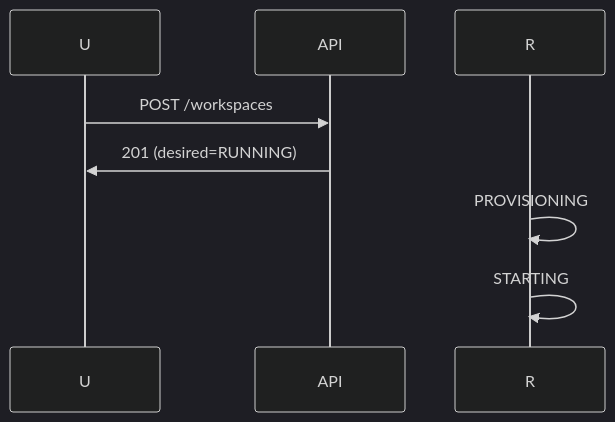
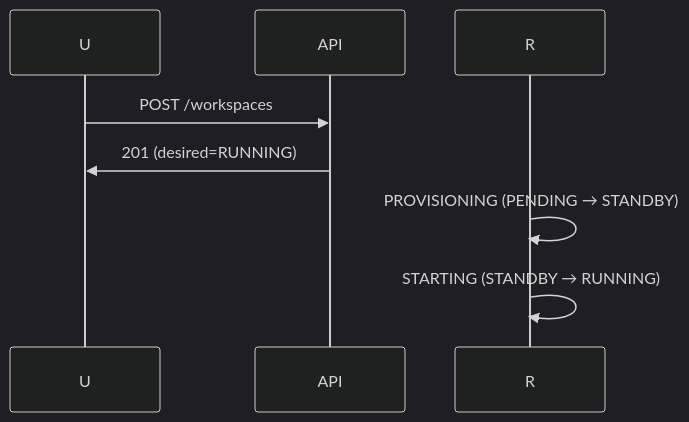
One commit to cagojeiger/code-hub changed the fourth of 7 diagrams in docs/spec_v2/02-states.md. Above: the diagram before and after it, drawn with Mermaid (dark theme). The commit also changed other lines of this file and 2 other files, not shown here.

````diff
--- a/docs/spec_v2/02-states.md
+++ b/docs/spec_v2/02-states.md
@@ -210,7 +247,7 @@
 ```mermaid
 sequenceDiagram
     U->>API: POST /workspaces
     API->>U: 201 (desired=RUNNING)
-    R->>R: PROVISIONING
-    R->>R: STARTING
+    R->>R: PROVISIONING (PENDING → STANDBY)
+    R->>R: STARTING (STANDBY → RUNNING)
 ```
````
